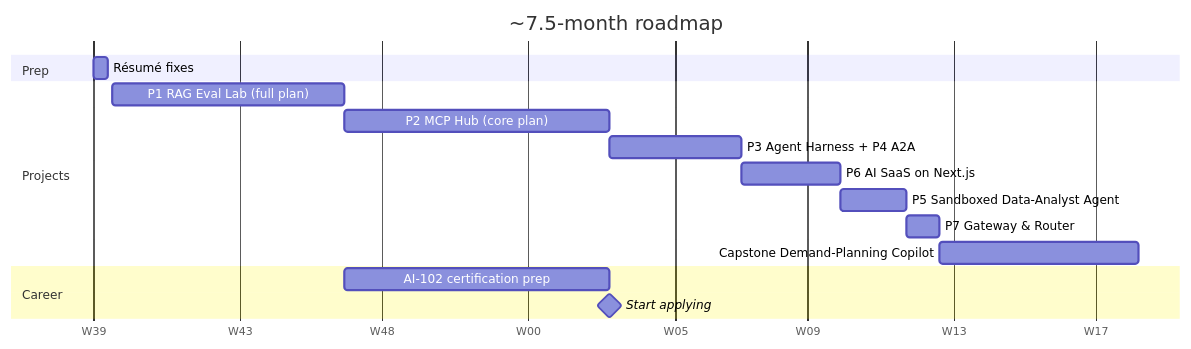
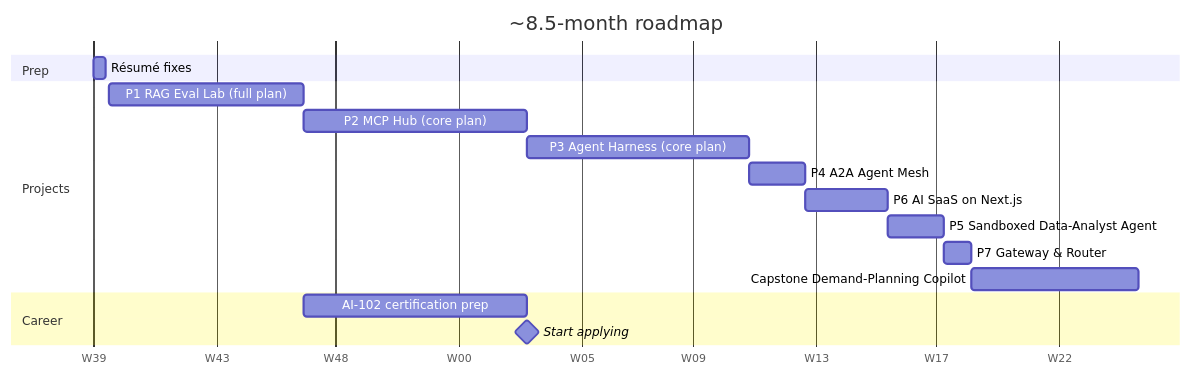
The diagram in 04-roadmap.md (pRiMeXoMeGa/AI-Learning-Projects), drawn with Mermaid before and after one commit. The commit also changed other lines of this file and 4 other files, not shown here.

First line of the commit message:
Choose core plan for Project 3 and update the roadmap

````diff
--- a/04-roadmap.md
+++ b/04-roadmap.md
@@ -55,19 +72,20 @@
 ```mermaid
 gantt
-    title ~7.5-month roadmap
+    title ~8.5-month roadmap
     dateFormat YYYY-MM-DD
     axisFormat W%W
     section Prep
     Résumé fixes                        :r0, 2026-10-01, 3d
     section Projects
     P1 RAG Eval Lab (full plan)         :p1, 2026-10-05, 7w
     P2 MCP Hub (core plan)              :p2, after p1, 8w
-    P3 Agent Harness + P4 A2A           :p3, after p2, 4w
-    P6 AI SaaS on Next.js               :p6, after p3, 3w
+    P3 Agent Harness (core plan)        :p3, after p2, 8w
+    P4 A2A Agent Mesh                   :p4, after p3, 2w
+    P6 AI SaaS on Next.js               :p6, after p4, 3w
     P5 Sandboxed Data-Analyst Agent     :p5, after p6, 2w
     P7 Gateway & Router                 :p7, after p5, 1w
     Capstone Demand-Planning Copilot    :cap, after p7, 6w
     section Career
     AI-102 certification prep           :cert, after p1, 8w
     Start applying                      :milestone, after p2, 0d
 ```
````
